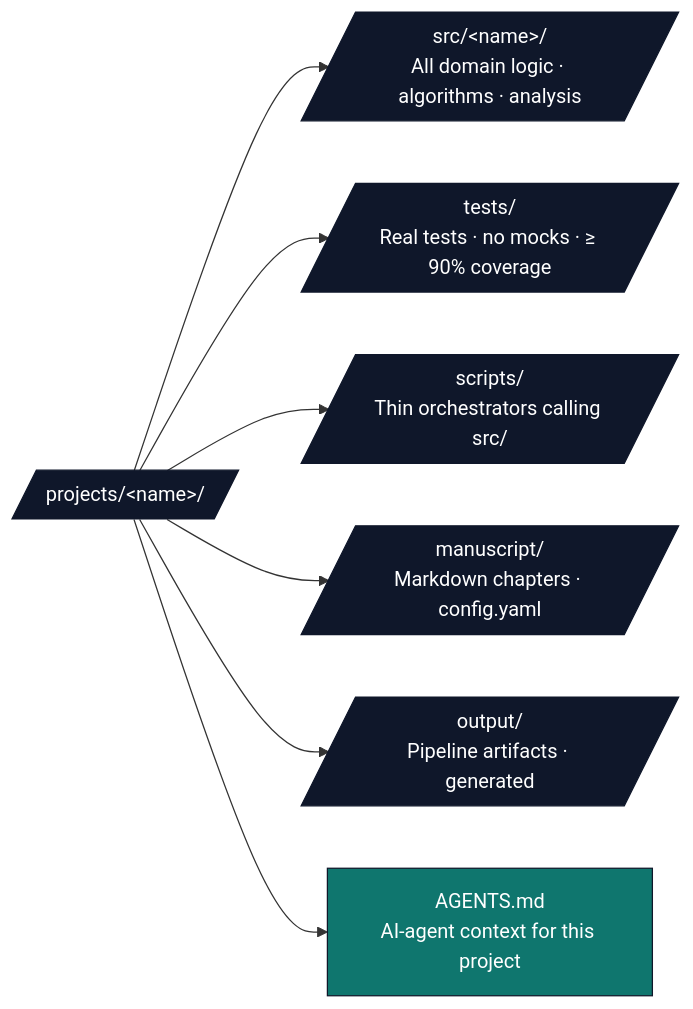
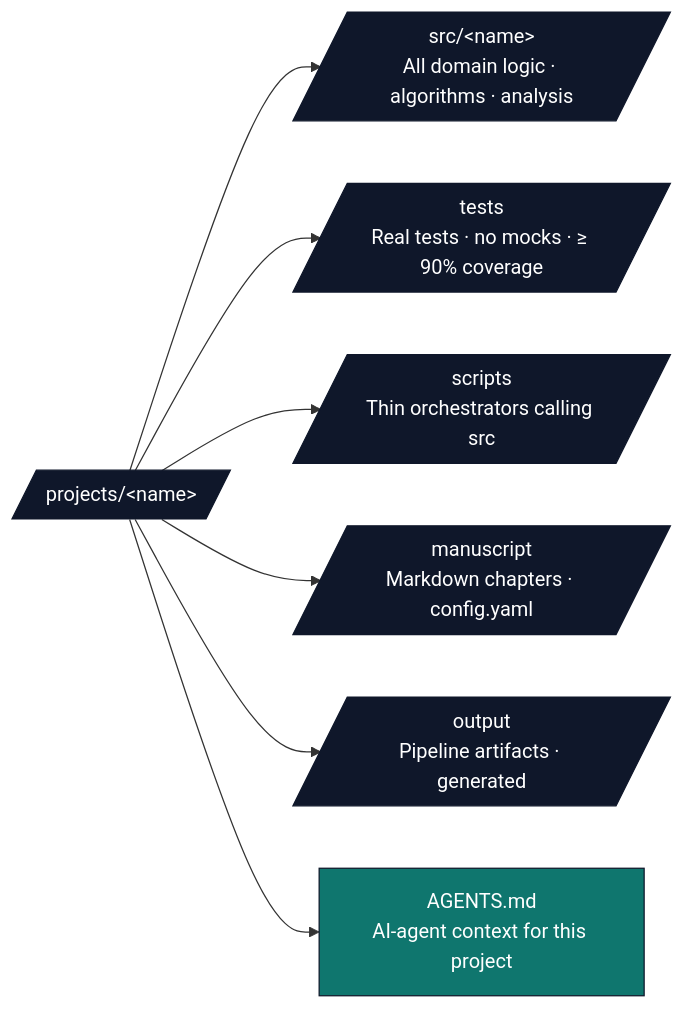
The second of 8 diagrams in .github/README.md (docxology/template), drawn with Mermaid before and after one commit. The commit also changed other lines of this file and 164 other files, not shown here.

````diff
--- a/.github/README.md
+++ b/.github/README.md
@@ -178,15 +178,15 @@
 ```mermaid
 flowchart LR
-    P[/projects/&lt;name&gt;//]
-    P --> SRC[/src/&lt;name&gt;/<br/>All domain logic · algorithms · analysis/]
-    P --> T[/tests/<br/>Real tests · no mocks · ≥ 90% coverage/]
-    P --> SC[/scripts/<br/>Thin orchestrators calling src//]
-    P --> M[/manuscript/<br/>Markdown chapters · config.yaml/]
-    P --> O[/output/<br/>Pipeline artifacts · generated/]
+    P[/projects/&lt;name&gt;/]
+    P --> SRC[/src/&lt;name&gt;<br/>All domain logic · algorithms · analysis/]
+    P --> T[/tests<br/>Real tests · no mocks · ≥ 90% coverage/]
+    P --> SC[/scripts<br/>Thin orchestrators calling src/]
+    P --> M[/manuscript<br/>Markdown chapters · config.yaml/]
+    P --> O[/output<br/>Pipeline artifacts · generated/]
     P --> AG[AGENTS.md<br/>AI-agent context for this project]
 
     classDef d fill:#0f172a,stroke:#0f172a,color:#fff
     classDef f fill:#0f766e,stroke:#0f172a,color:#fff
     class P,SRC,T,SC,M,O d
     class AG f
 ```
````
